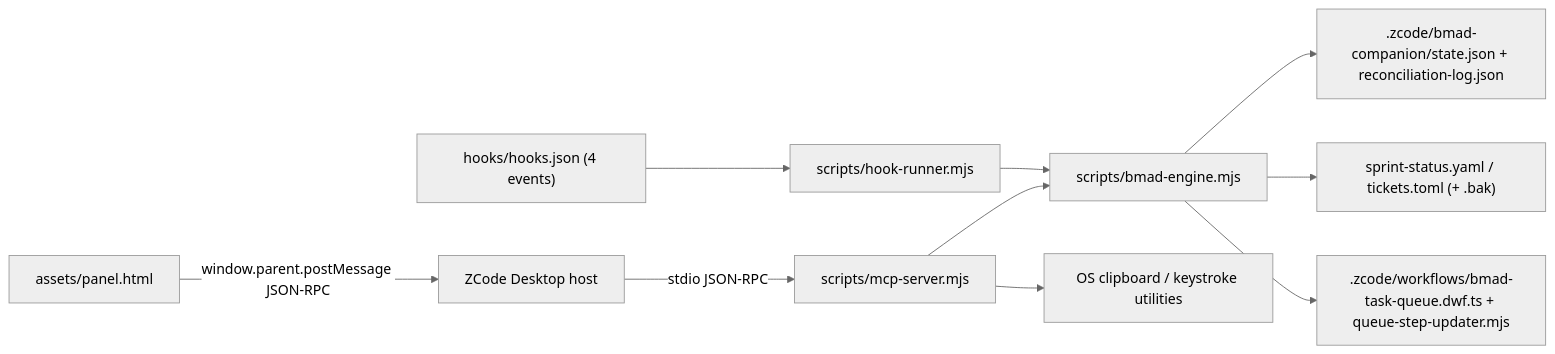
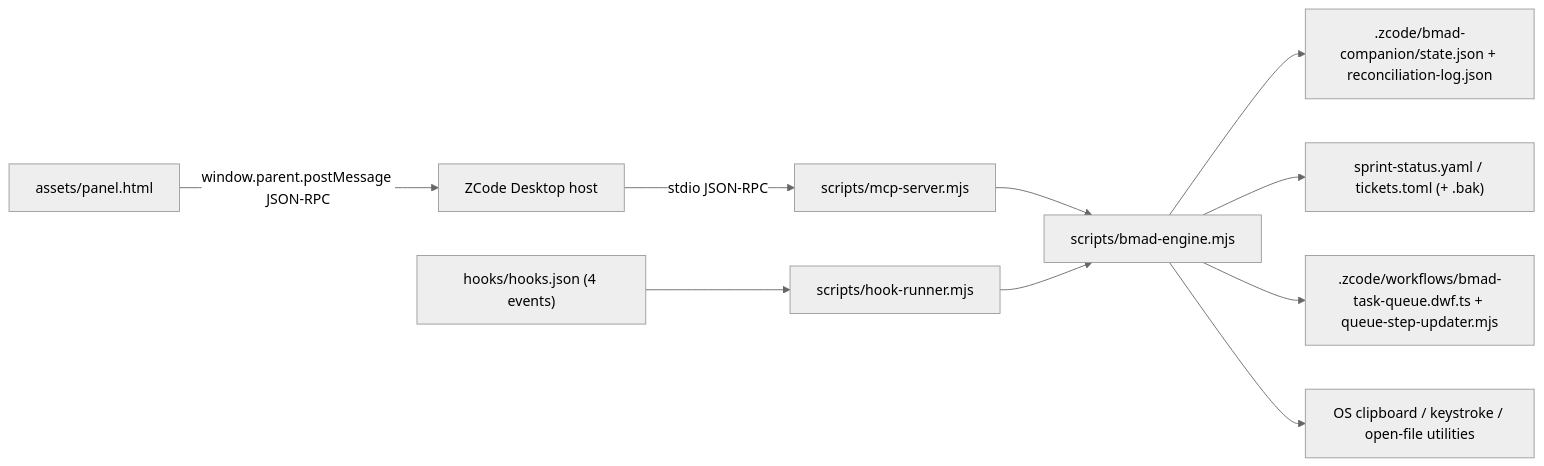
Before and after one commit to a2mus/zcode-vibe-plugins: the first of 4 diagrams in bmad-companion/_bmad-output/initiative-bmad-companion/architecture-bmad-companion/architecture-bmad-companion.md, drawn with Mermaid (neutral theme). The commit also changed other lines of this file and 20 other files, not shown here.

````diff
--- a/bmad-companion/_bmad-output/initiative-bmad-companion/architecture-bmad-companion/architecture-bmad-companion.md
+++ b/bmad-companion/_bmad-output/initiative-bmad-companion/architecture-bmad-companion/architecture-bmad-companion.md
@@ -54,12 +55,12 @@
 ```mermaid
 flowchart LR
   Panel["assets/panel.html"] -->|"window.parent.postMessage JSON-RPC"| Host["ZCode Desktop host"]
   Host -->|"stdio JSON-RPC"| Mcp["scripts/mcp-server.mjs"]
   Hooks["hooks/hooks.json (4 events)"] --> Runner["scripts/hook-runner.mjs"]
   Mcp --> Engine["scripts/bmad-engine.mjs"]
   Runner --> Engine
   Engine --> State[".zcode/bmad-companion/state.json + reconciliation-log.json"]
   Engine --> Trackers["sprint-status.yaml / tickets.toml (+ .bak)"]
   Engine --> Gen[".zcode/workflows/bmad-task-queue.dwf.ts + queue-step-updater.mjs"]
-  Mcp --> OS["OS clipboard / keystroke utilities"]
+  Engine --> OS["OS clipboard / keystroke / open-file utilities"]
 ```
````
